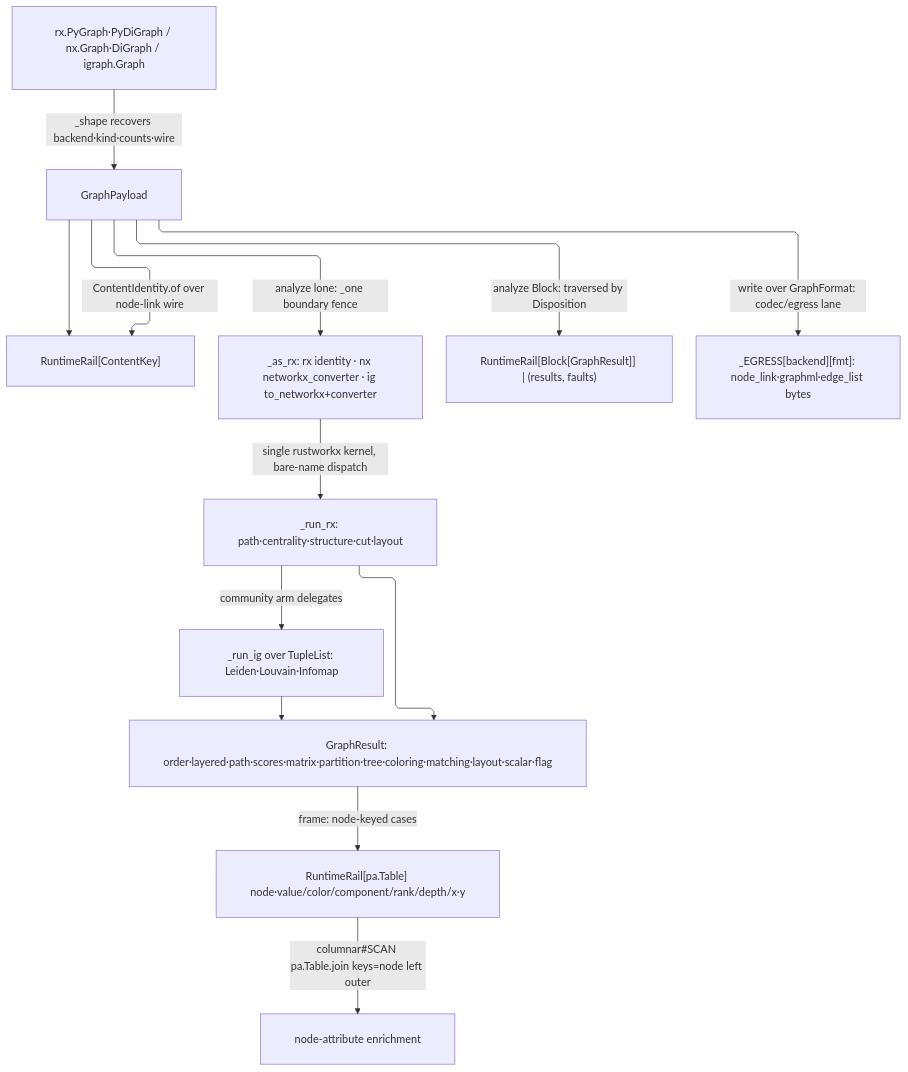
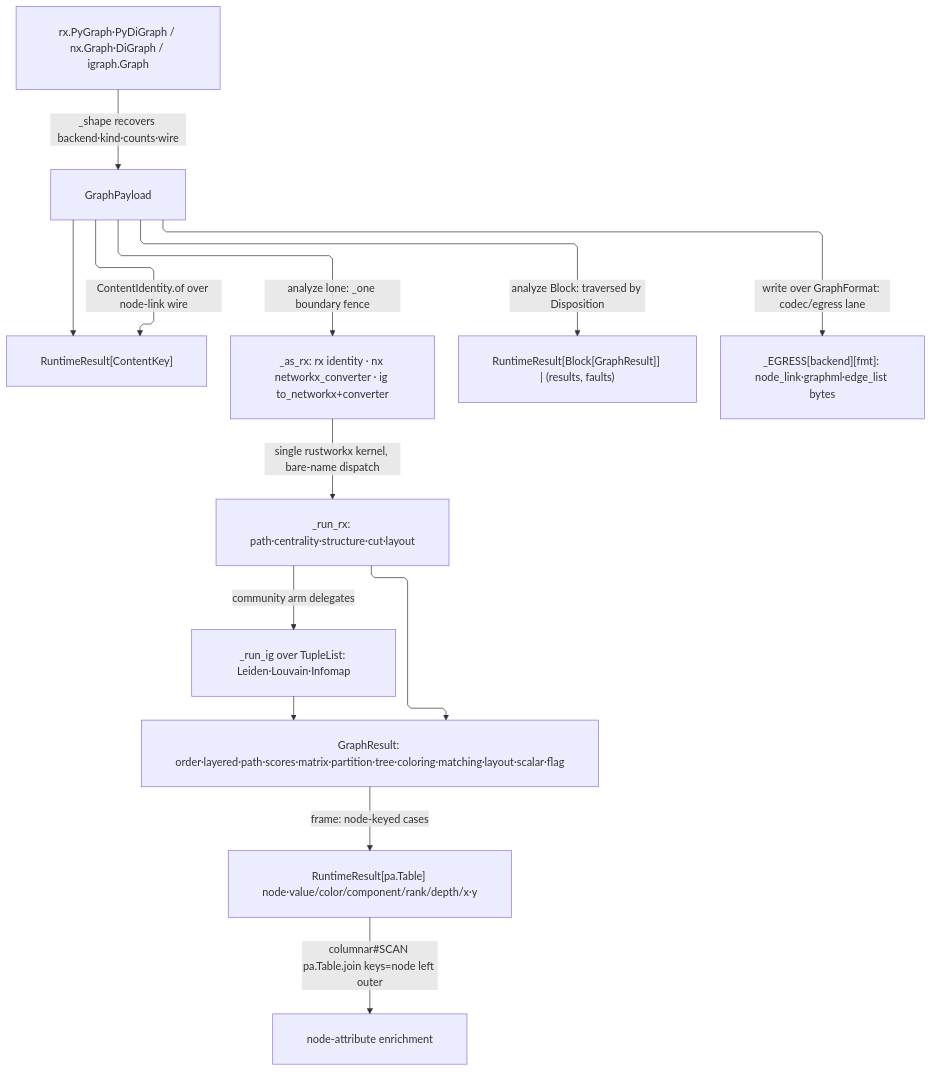
One commit to bsamiee/Rasm changed the diagram in libs/python/data/.planning/graph/graph.md. Above: the diagram before and after it, drawn with Mermaid. The commit also changed other lines of this file and 1997 other files, not shown here.

First line of the commit message:
docs: rename rail to result and seam to boundary across the corpus

````diff
--- a/libs/python/data/.planning/graph/graph.md
+++ b/libs/python/data/.planning/graph/graph.md
@@ -586,24 +586,24 @@
 ```mermaid
 ---
 config:
   layout: elk
   flowchart:
     curve: linear
     padding: 25
 ---
 flowchart TD
     accTitle: Graph payload flow
     accDescr: Source admission into the payload, coercion onto the rustworkx kernel, the community delegation, and result frames joining the tabular plane.
     src["rx.PyGraph·PyDiGraph / nx.Graph·DiGraph / igraph.Graph"] -->|_shape recovers backend·kind·counts·wire| payload["GraphPayload"]
-    payload -->|ContentIdentity.of over node-link wire| key["RuntimeRail[ContentKey]"]
+    payload -->|ContentIdentity.of over node-link wire| key["RuntimeResult[ContentKey]"]
     payload -->|analyze lone: _one boundary fence| coerce["_as_rx: rx identity · nx networkx_converter · ig to_networkx+converter"]
     coerce -->|single rustworkx kernel, bare-name dispatch| rxk["_run_rx: path·centrality·structure·cut·layout"]
     rxk -->|community arm delegates| igk["_run_ig over TupleList: Leiden·Louvain·Infomap"]
     rxk --> result["GraphResult: order·layered·path·scores·matrix·partition·tree·coloring·matching·layout·scalar·flag"]
     igk --> result
-    payload -->|analyze Block: traversed by Disposition| batch["RuntimeRail[Block[GraphResult]] | (results, faults)"]
+    payload -->|analyze Block: traversed by Disposition| batch["RuntimeResult[Block[GraphResult]] | (results, faults)"]
     payload -->|write over GraphFormat: codec/egress lane| egress["_EGRESS[backend][fmt]: node_link·graphml·edge_list bytes"]
-    result -->|frame: node-keyed cases| node_frame["RuntimeRail[pa.Table] node·value/color/component/rank/depth/x·y"]
+    result -->|frame: node-keyed cases| node_frame["RuntimeResult[pa.Table] node·value/color/component/rank/depth/x·y"]
     node_frame -->|columnar#SCAN pa.Table.join keys=node left outer| enrich["node-attribute enrichment"]
     payload --> key
 ```
````
